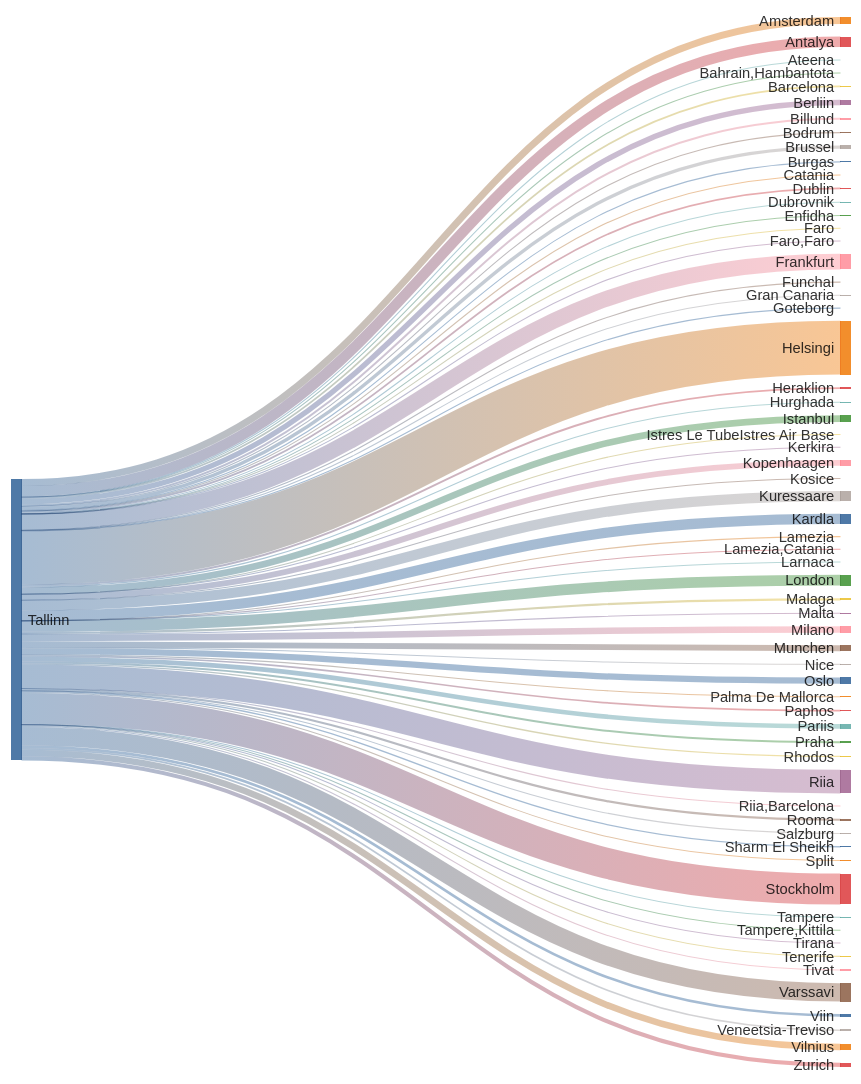
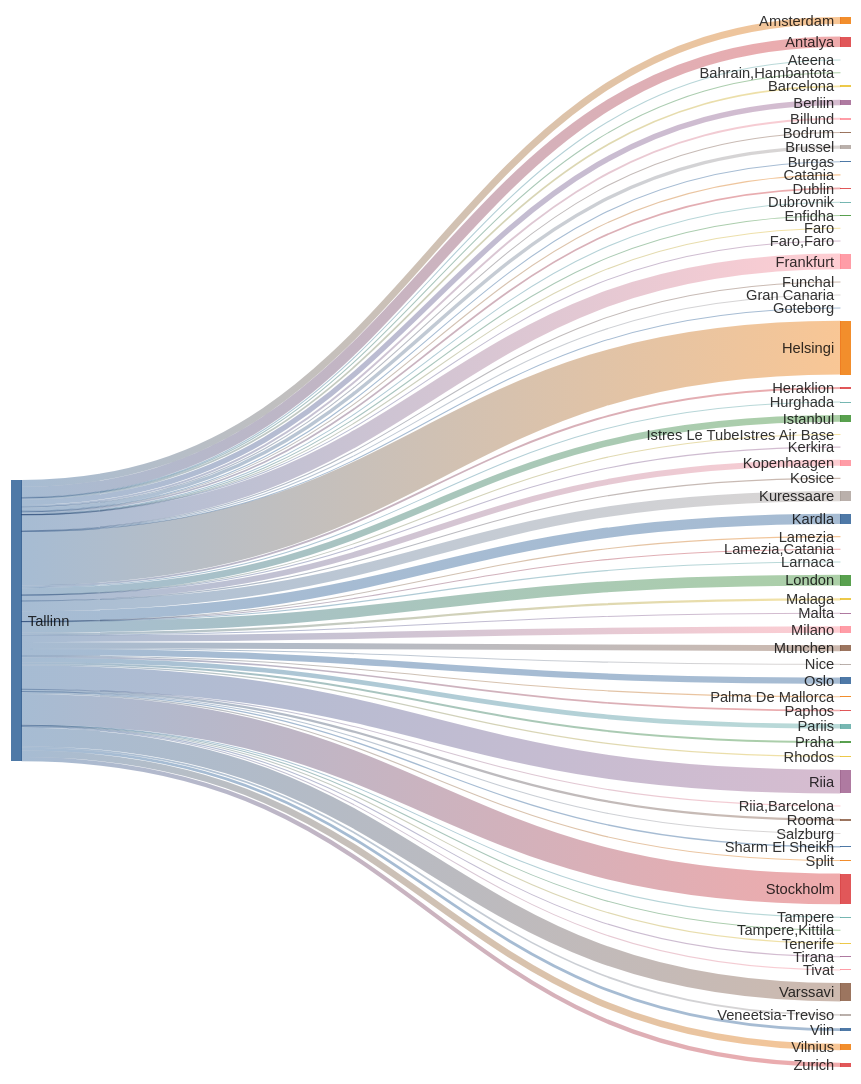
The second of 2 diagrams in README.md (rainermesi/tll-airport-departures), drawn with Mermaid before and after one commit. The commit also changed other lines of this file, not shown here.

````diff
--- a/README.md
+++ b/README.md
@@ -34,75 +34,75 @@
 ```mermaid
 ---
 config:
   sankey:
     showValues: false
     width: 800
     height: 1000
 ---
 sankey-beta
 %% source,target,value
-Tallinn,Amsterdam,171
+Tallinn,Amsterdam,172
 Tallinn,Antalya,258
 Tallinn,Ateena,16
 Tallinn,"Bahrain,Hambantota",1
 Tallinn,Barcelona,42
-Tallinn,Berliin,133
+Tallinn,Berliin,134
 Tallinn,Billund,49
 Tallinn,Bodrum,11
-Tallinn,Brussel,84
+Tallinn,Brussel,85
 Tallinn,Burgas,21
 Tallinn,Catania,2
 Tallinn,Dublin,42
 Tallinn,Dubrovnik,21
 Tallinn,Enfidha,7
 Tallinn,Faro,4
 Tallinn,"Faro,Faro",1
-Tallinn,Frankfurt,389
+Tallinn,Frankfurt,391
 Tallinn,Funchal,5
-Tallinn,Gran Canaria,17
+Tallinn,Gran Canaria,18
 Tallinn,Goteborg,1
-Tallinn,Helsingi,1328
+Tallinn,Helsingi,1334
 Tallinn,Heraklion,46
 Tallinn,Hurghada,24
-Tallinn,Istanbul,164
+Tallinn,Istanbul,165
 Tallinn,Istres Le TubeIstres Air Base,2
 Tallinn,Kerkira,4
-Tallinn,Kopenhaagen,145
+Tallinn,Kopenhaagen,147
 Tallinn,Kosice,1
-Tallinn,Kuressaare,251
-Tallinn,Kardla,251
+Tallinn,Kuressaare,253
+Tallinn,Kardla,253
 Tallinn,Lamezia,1
 Tallinn,"Lamezia,Catania",3
 Tallinn,Larnaca,4
-Tallinn,London,268
+Tallinn,London,270
 Tallinn,Malaga,54
 Tallinn,Malta,15
-Tallinn,Milano,161
-Tallinn,Munchen,146
+Tallinn,Milano,162
+Tallinn,Munchen,147
 Tallinn,Nice,25
-Tallinn,Oslo,155
+Tallinn,Oslo,156
 Tallinn,Palma De Mallorca,19
 Tallinn,Paphos,41
 Tallinn,Pariis,114
 Tallinn,Praha,49
 Tallinn,Rhodos,32
-Tallinn,Riia,585
+Tallinn,Riia,589
 Tallinn,"Riia,Barcelona",1
-Tallinn,Rooma,54
+Tallinn,Rooma,55
 Tallinn,Salzburg,1
 Tallinn,Sharm El Sheikh,32
 Tallinn,Split,25
-Tallinn,Stockholm,759
+Tallinn,Stockholm,762
 Tallinn,Tampere,17
 Tallinn,"Tampere,Kittila",1
-Tallinn,Tenerife,25
+Tallinn,Tenerife,26
 Tallinn,Tirana,8
 Tallinn,Tivat,26
-Tallinn,Varssavi,453
+Tallinn,Varssavi,456
 Tallinn,Veneetsia-Treviso,42
-Tallinn,Viin,67
-Tallinn,Vilnius,161
-Tallinn,Zurich,103
+Tallinn,Viin,68
+Tallinn,Vilnius,162
+Tallinn,Zurich,104
 
 
 ```
````
